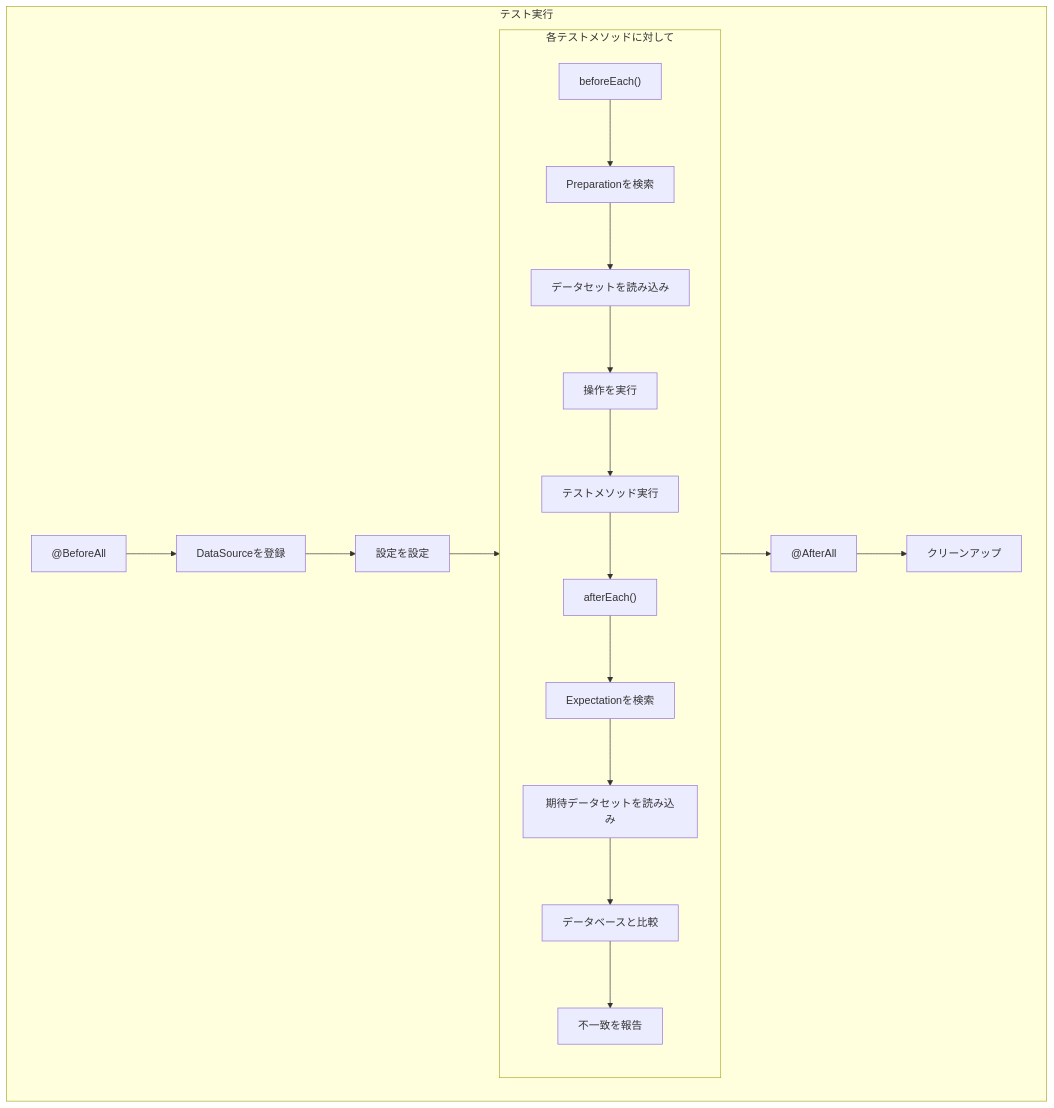
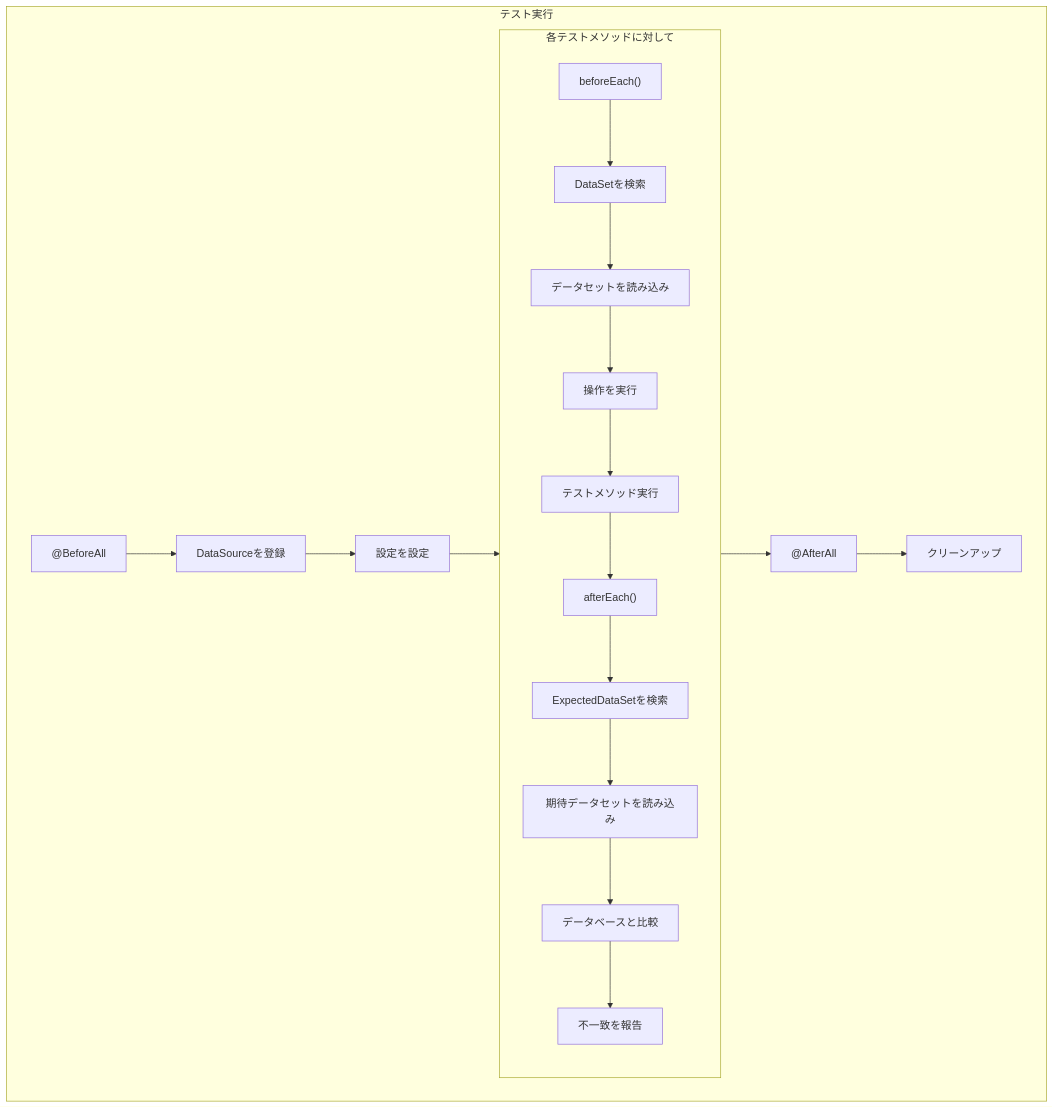
The first of 3 diagrams in docs/specs/ja/07-test-frameworks.md (dkazi/db-tester), drawn with Mermaid before and after one commit. The commit also changed other lines of this file and 198 other files, not shown here.

````diff
--- a/docs/specs/ja/07-test-frameworks.md
+++ b/docs/specs/ja/07-test-frameworks.md
@@ -502,25 +502,25 @@
 ```mermaid
 flowchart TD
     subgraph テスト実行
         BA["@BeforeAll"]
         BA --> BA1[DataSourceを登録]
         BA1 --> BA2[設定を設定]
 
         subgraph each["各テストメソッドに対して"]
             BE["beforeEach()"]
-            BE --> BE1["Preparationを検索"]
+            BE --> BE1["DataSetを検索"]
             BE1 --> BE2[データセットを読み込み]
             BE2 --> BE3[操作を実行]
             BE3 --> TM[テストメソッド実行]
             TM --> AE["afterEach()"]
-            AE --> AE1["Expectationを検索"]
+            AE --> AE1["ExpectedDataSetを検索"]
             AE1 --> AE2[期待データセットを読み込み]
             AE2 --> AE3[データベースと比較]
             AE3 --> AE4[不一致を報告]
         end
 
         BA2 --> each
         each --> AA["@AfterAll"]
         AA --> AA1[クリーンアップ]
     end
 ```
````
